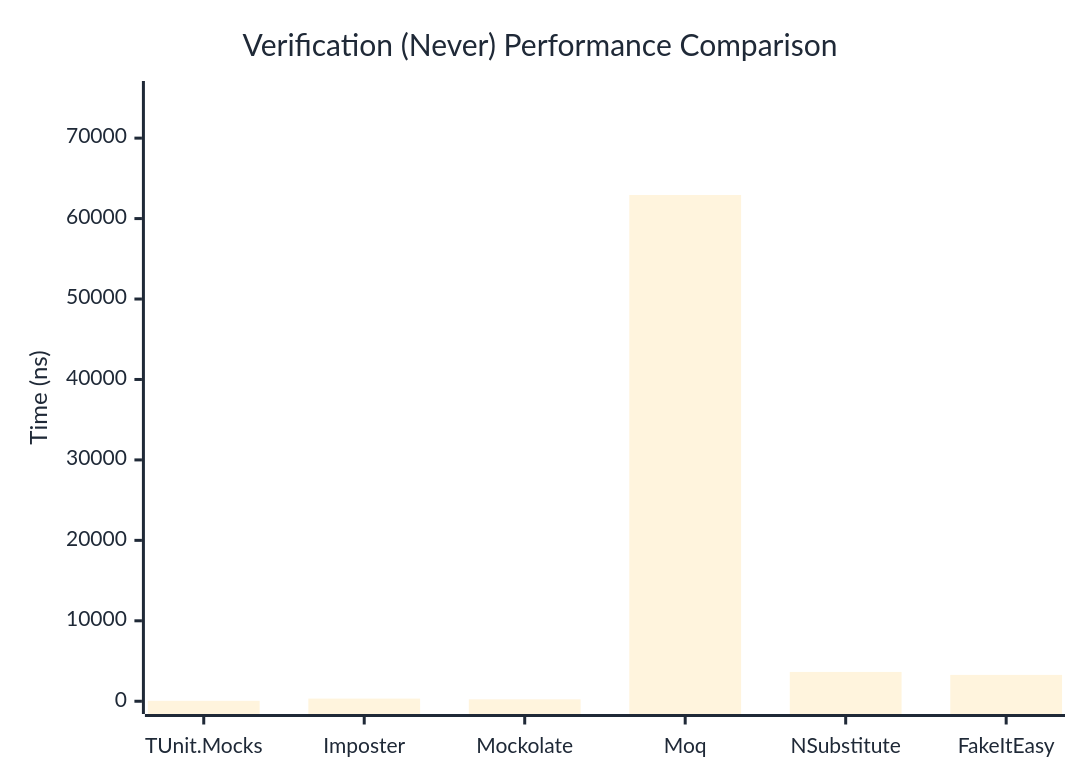
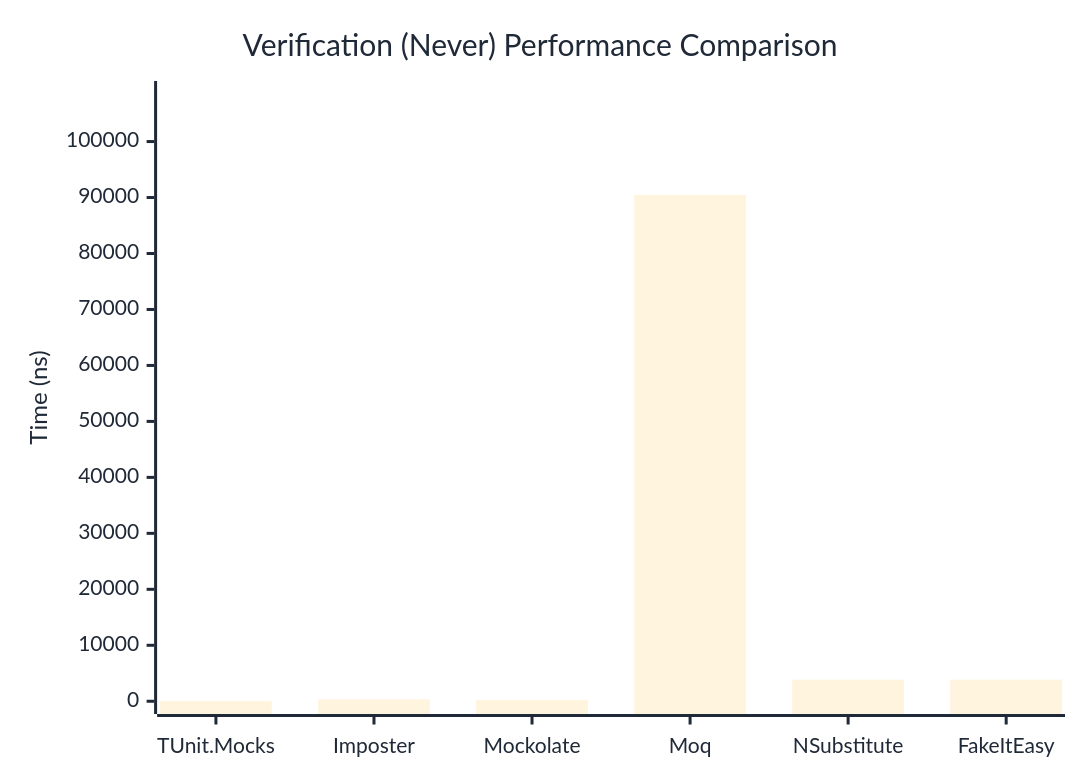
The second of 3 diagrams in docs/docs/benchmarks/mocks/Verification.md (thomhurst/TUnit), drawn with Mermaid before and after one commit. The commit also changed other lines of this file and 14 other files, not shown here.

````diff
--- a/docs/docs/benchmarks/mocks/Verification.md
+++ b/docs/docs/benchmarks/mocks/Verification.md
@@ -71,27 +71,27 @@
 ```mermaid
 %%{init: {
   'theme':'base',
   'themeVariables': {
     'primaryColor': '#2563eb',
     'primaryTextColor': '#1f2937',
     'primaryBorderColor': '#1e40af',
     'lineColor': '#6b7280',
     'secondaryColor': '#7c3aed',
     'tertiaryColor': '#dc2626',
     'background': '#ffffff',
     'pie1': '#2563eb',
     'pie2': '#7c3aed',
     'pie3': '#dc2626',
     'pie4': '#f59e0b',
     'pie5': '#10b981',
     'pie6': '#06b6d4',
     'pie7': '#ec4899',
     'pie8': '#6366f1'
   }
 }}%%
 xychart-beta
   title "Verification (Never) Performance Comparison"
   x-axis ["TUnit.Mocks", "Imposter", "Mockolate", "Moq", "NSubstitute", "FakeItEasy"]
-  y-axis "Time (ns)" 0 --> 75517
-  bar [54.87, 329.6, 238.01, 62930.27, 3642.63, 3275.96]
+  y-axis "Time (ns)" 0 --> 108542
+  bar [51.78, 335.88, 239.11, 90451.07, 3846.98, 3852.37]
 ```
````
